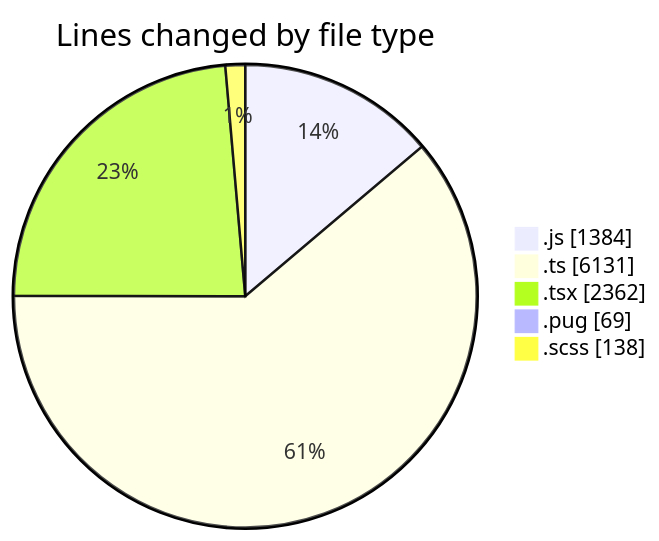
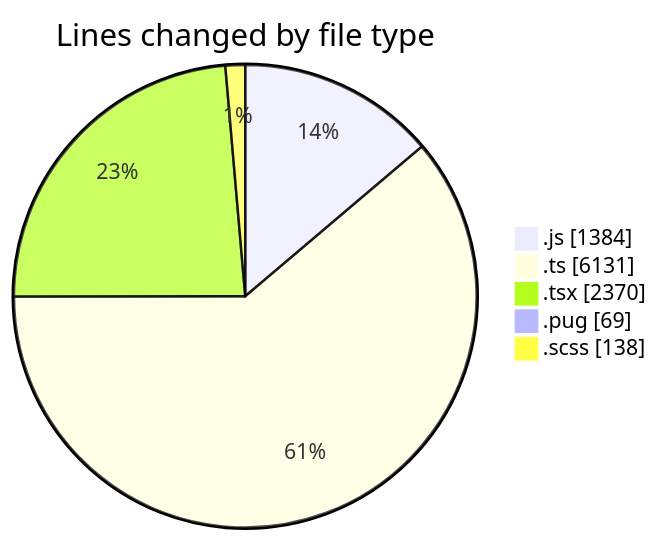
One commit to momahboobian/code-tracking changed the first of 2 diagrams in 2025-03-25/cda/README.md. Above: the diagram before and after it, drawn with Mermaid. The commit also changed other lines of this file and 1 other file, not shown here.

````diff
--- a/2025-03-25/cda/README.md
+++ b/2025-03-25/cda/README.md
@@ -39,9 +39,9 @@
 ```mermaid
 pie showData
 title Lines changed by file type
 ".js" : 1384
 ".ts" : 6131
-".tsx" : 2362
+".tsx" : 2370
 ".pug" : 69
 ".scss" : 138
 ```
````
